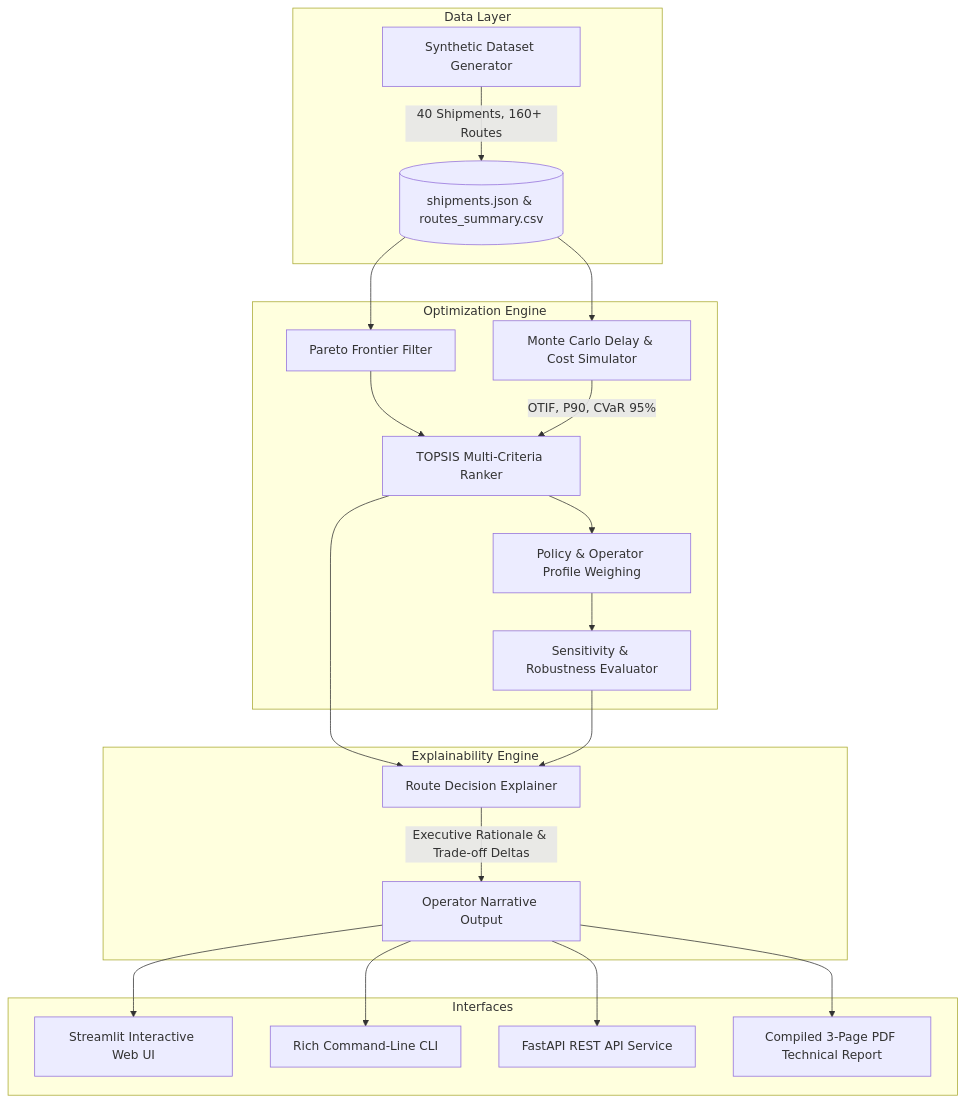
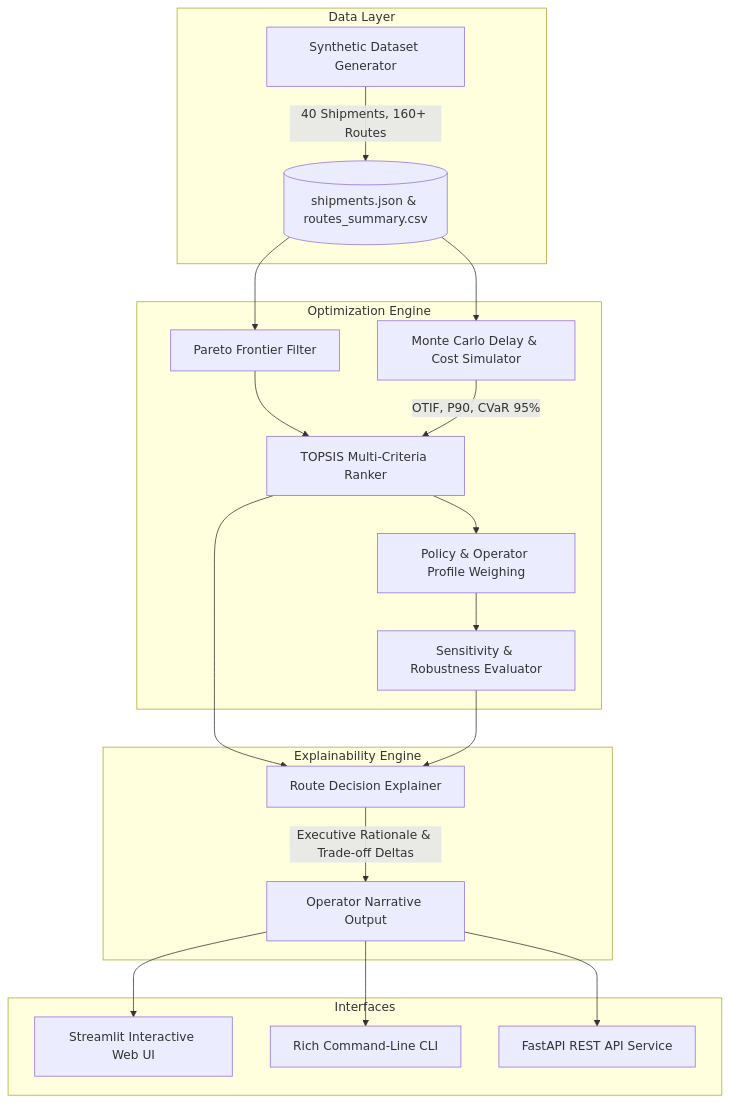
One commit to Yashreddy05/aiqon-shipment changed the diagram in README.md. Above: the diagram before and after it, drawn with Mermaid. The commit also changed other lines of this file and 3 other files, not shown here.

Commit message:
Remove report generation script and clean README to present technical report as standalone deliverable

````diff
--- a/README.md
+++ b/README.md
@@ -27,28 +27,27 @@
 ```mermaid
 flowchart TD
     subgraph Data Layer
         A[Synthetic Dataset Generator] -->|40 Shipments, 160+ Routes| B[(shipments.json & routes_summary.csv)]
     end
 
     subgraph Optimization Engine
         B --> C[Pareto Frontier Filter]
         C --> D[TOPSIS Multi-Criteria Ranker]
         B --> E[Monte Carlo Delay & Cost Simulator]
         E -->|OTIF, P90, CVaR 95%| D
         D --> F[Policy & Operator Profile Weighing]
         F --> G[Sensitivity & Robustness Evaluator]
     end
 
     subgraph Explainability Engine
         D --> H[Route Decision Explainer]
         G --> H
         H -->|Executive Rationale & Trade-off Deltas| I[Operator Narrative Output]
     end
 
     subgraph Interfaces
         I --> J[Streamlit Interactive Web UI]
         I --> K[Rich Command-Line CLI]
         I --> L[FastAPI REST API Service]
-        I --> M[Compiled 3-Page PDF Technical Report]
     end
 ```
````
